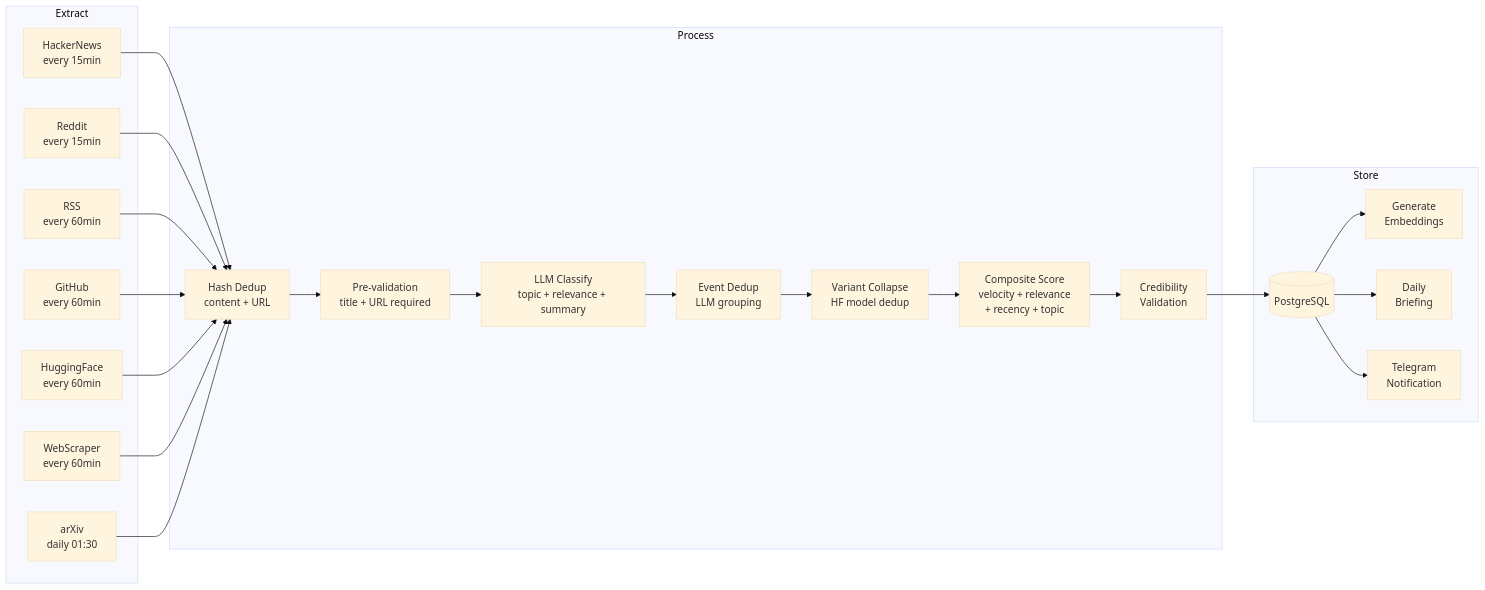
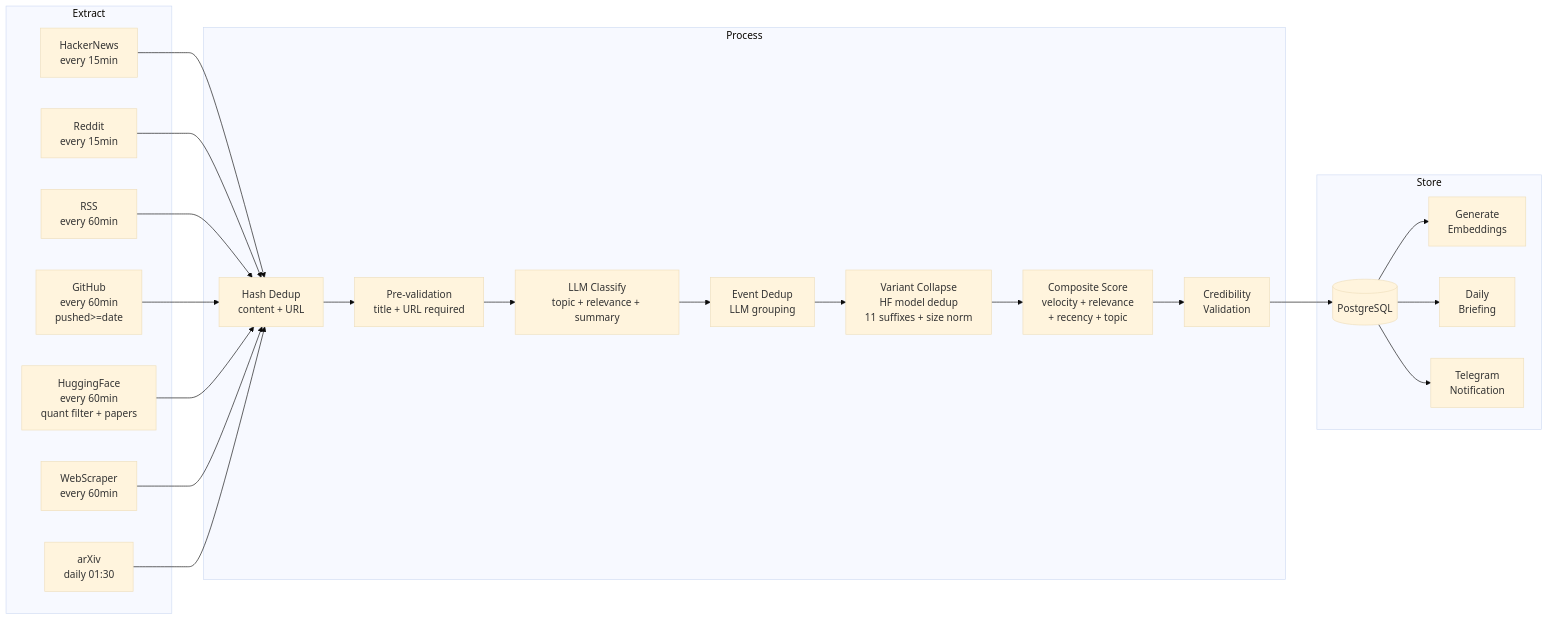
Before and after one commit to pguerrerolinares/ai-news-platform: the second of 8 diagrams in docs/architecture/overview.md, drawn with Mermaid (base theme).

Commit message:
docs: update architecture overview with HF quant filter and expanded variant collapse

````diff
--- a/docs/architecture/overview.md
+++ b/docs/architecture/overview.md
@@ -96,34 +96,34 @@
 ```mermaid
 flowchart LR
     subgraph Extract
         E1[HackerNews<br/>every 15min]
         E2[Reddit<br/>every 15min]
         E3[RSS<br/>every 60min]
-        E4[GitHub<br/>every 60min]
-        E5[HuggingFace<br/>every 60min]
+        E4[GitHub<br/>every 60min<br/>pushed>=date]
+        E5[HuggingFace<br/>every 60min<br/>quant filter + papers]
         E6[WebScraper<br/>every 60min]
         E7[arXiv<br/>daily 01:30]
     end
 
     subgraph Process
         DD[Hash Dedup<br/>content + URL]
         VL[Pre-validation<br/>title + URL required]
         CL[LLM Classify<br/>topic + relevance + summary]
         ED[Event Dedup<br/>LLM grouping]
-        VC[Variant Collapse<br/>HF model dedup]
+        VC[Variant Collapse<br/>HF model dedup<br/>11 suffixes + size norm]
         CS[Composite Score<br/>velocity + relevance<br/>+ recency + topic]
         CR[Credibility<br/>Validation]
     end
 
     subgraph Store
         DB[(PostgreSQL)]
         EM[Generate<br/>Embeddings]
         BR[Daily<br/>Briefing]
         TG[Telegram<br/>Notification]
     end
 
     E1 & E2 & E3 & E4 & E5 & E6 & E7 --> DD
     DD --> VL --> CL --> ED --> VC --> CS --> CR
     CR --> DB
     DB --> EM & BR & TG
 ```
````
